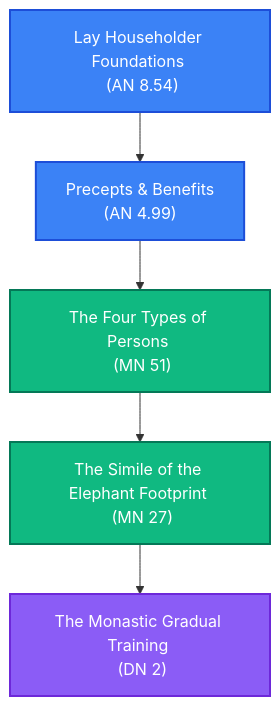
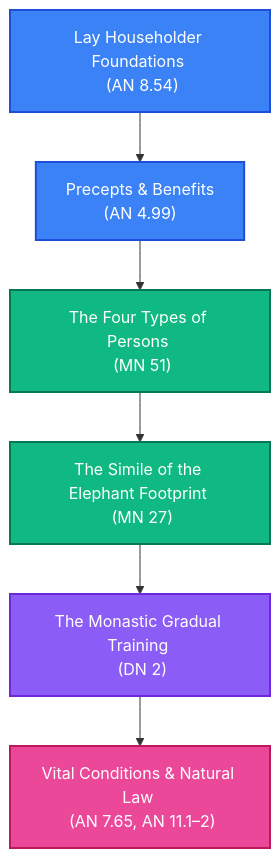
Before and after one commit to roydsouza/pali_canon: the diagram in paths/gradual_training_path.md, drawn with Mermaid. The commit also changed other lines of this file and 299 other files, not shown here.

````diff
--- a/paths/gradual_training_path.md
+++ b/paths/gradual_training_path.md
@@ -23,12 +23,14 @@
 ```mermaid
 graph TD
     A["Lay Householder Foundations <br> (AN 8.54)"] --> B["Precepts & Benefits <br> (AN 4.99)"]
     B --> C["The Four Types of Persons <br> (MN 51)"]
     C --> D["The Simile of the Elephant Footprint <br> (MN 27)"]
     D --> E["The Monastic Gradual Training <br> (DN 2)"]
+    E --> F["Vital Conditions & Natural Law <br> (AN 7.65, AN 11.1–2)"]
     style A fill:#3b82f6,stroke:#1d4ed8,stroke-width:2px,color:#fff
     style B fill:#3b82f6,stroke:#1d4ed8,stroke-width:2px,color:#fff
     style C fill:#10b981,stroke:#047857,stroke-width:2px,color:#fff
     style D fill:#10b981,stroke:#047857,stroke-width:2px,color:#fff
     style E fill:#8b5cf6,stroke:#6d28d9,stroke-width:2px,color:#fff
+    style F fill:#ec4899,stroke:#be185d,stroke-width:2px,color:#fff
 ```
````
